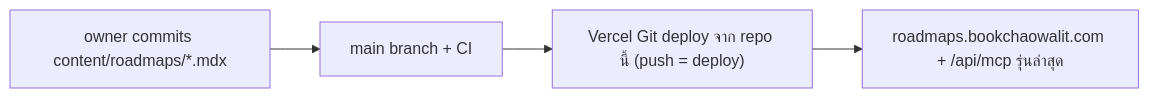
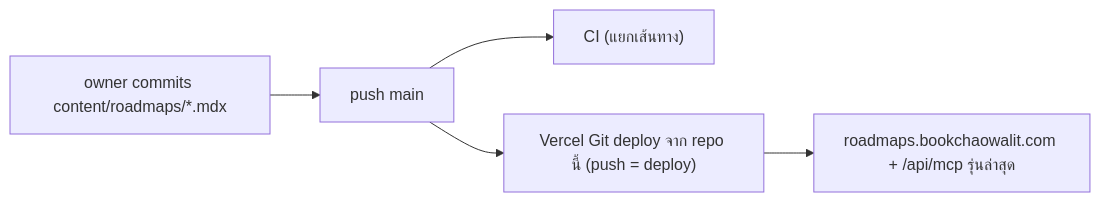
Before and after one commit to bookchaowalit-website/devtools-roadmaps-web: the second of 2 diagrams in docs/diagrams/01-business-process.md, drawn with Mermaid. The commit also changed other lines of this file, not shown here.

````diff
--- a/docs/diagrams/01-business-process.md
+++ b/docs/diagrams/01-business-process.md
@@ -34,6 +37,7 @@
 ```mermaid
 flowchart LR
-  AUTHOR["owner commits content/roadmaps/*.mdx"] --> MAIN["main branch + CI"]
+  AUTHOR["owner commits content/roadmaps/*.mdx"] --> MAIN["push main"]
+  MAIN --> CI2["CI (แยกเส้นทาง)"]
   MAIN --> DEPLOY["Vercel Git deploy จาก repo นี้ (push = deploy)"]
   DEPLOY --> SITE["roadmaps.bookchaowalit.com + /api/mcp รุ่นล่าสุด"]
 ```
````
